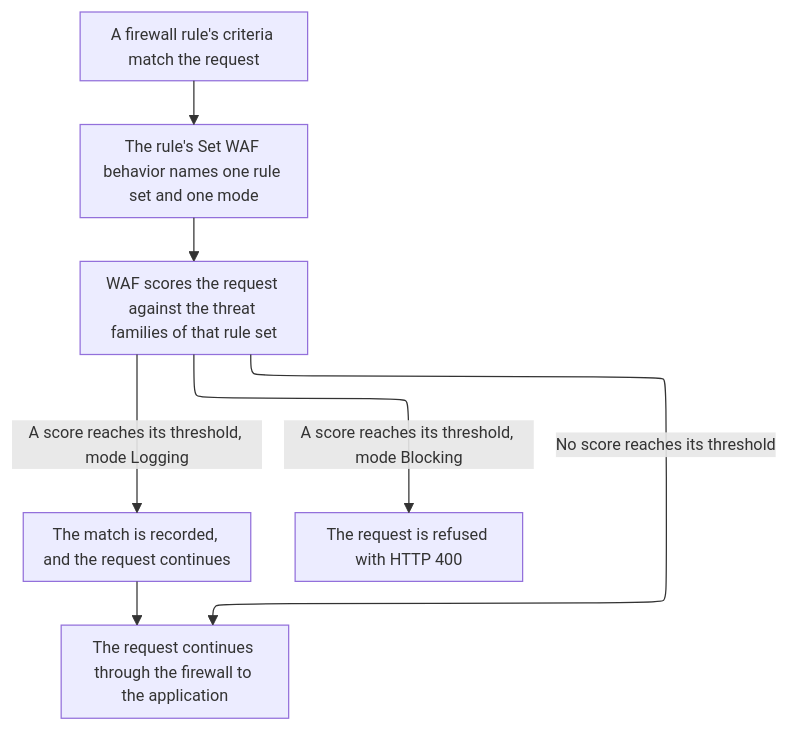
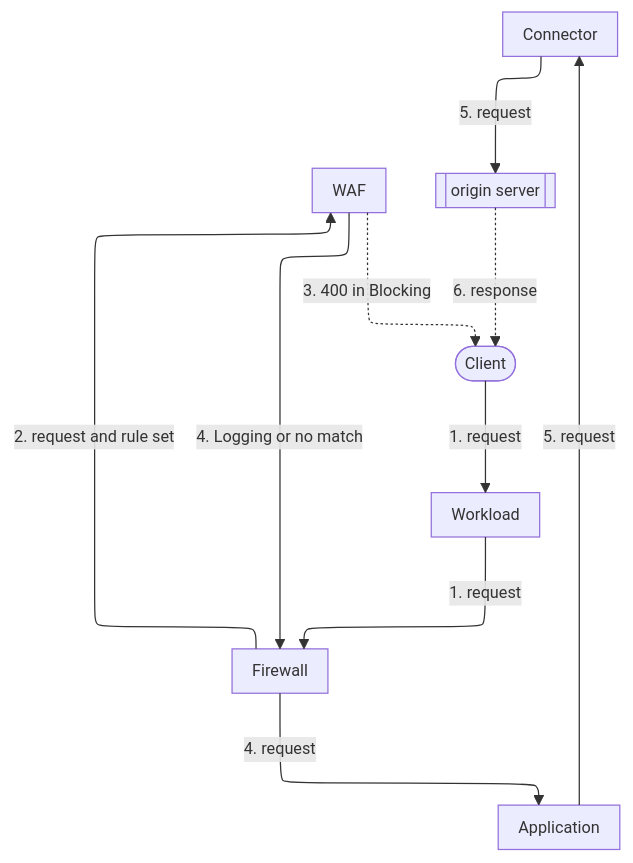
The diagram in apps/docs/src/content/docs/en/pages/secure/waf/overview.mdx (aziontech/docs), drawn with Mermaid before and after one commit. The commit also changed other lines of this file and 233 other files, not shown here.

Commit message:
fix(firewall): verify every page against the product and rebuild the Overviews (#2706)

````diff
--- a/apps/docs/src/content/docs/en/pages/secure/waf/overview.mdx
+++ b/apps/docs/src/content/docs/en/pages/secure/waf/overview.mdx
@@ -66,10 +31,20 @@
 ```mermaid
-%%{init: {"layout": "elk", "themeVariables": {"fontSize": "13px"}, "flowchart": {"nodeSpacing": 24, "rankSpacing": 36, "padding": 8, "wrappingWidth": 150, "useMaxWidth": true}, "sequence": {"width": 120, "actorMargin": 30, "useMaxWidth": true}}}%%
+%%{init: {"layout": "elk", "elk": {"cycleBreakingStrategy": "MODEL_ORDER"}, "themeVariables": {"fontSize": "13px"}, "flowchart": {"nodeSpacing": 24, "rankSpacing": 36, "padding": 8, "wrappingWidth": 150, "useMaxWidth": true}, "sequence": {"width": 120, "actorMargin": 30, "useMaxWidth": true}}}%%
 flowchart TD
-  Match["A firewall rule's criteria match the request"] --> SetWaf["The rule's Set WAF behavior names one rule set and one mode"]
-  SetWaf --> Score["WAF scores the request against the threat families of that rule set"]
-  Score -->|"No score reaches its threshold"| Next["The request continues through the firewall to the application"]
-  Score -->|"A score reaches its threshold, mode Logging"| Log["The match is recorded, and the request continues"]
-  Score -->|"A score reaches its threshold, mode Blocking"| Block["The request is refused with HTTP 400"]
-  Log --> Next
+  Client(["Client"])
+  WL["Workload"]
+  FW["Firewall"]
+  WAF["WAF"]
+  App["Application"]
+  Conn["Connector"]
+  Origin[["origin server"]]
+  Client -->|"1. request"| WL
+  WL -->|"1. request"| FW
+  FW -->|"2. request and rule set"| WAF
+  WAF -.->|"3. 400 in Blocking"| Client
+  WAF -->|"4. Logging or no match"| FW
+  FW -->|"4. request"| App
+  App -->|"5. request"| Conn
+  Conn -->|"5. request"| Origin
+  Origin -.->|"6. response"| Client
 ```
````
